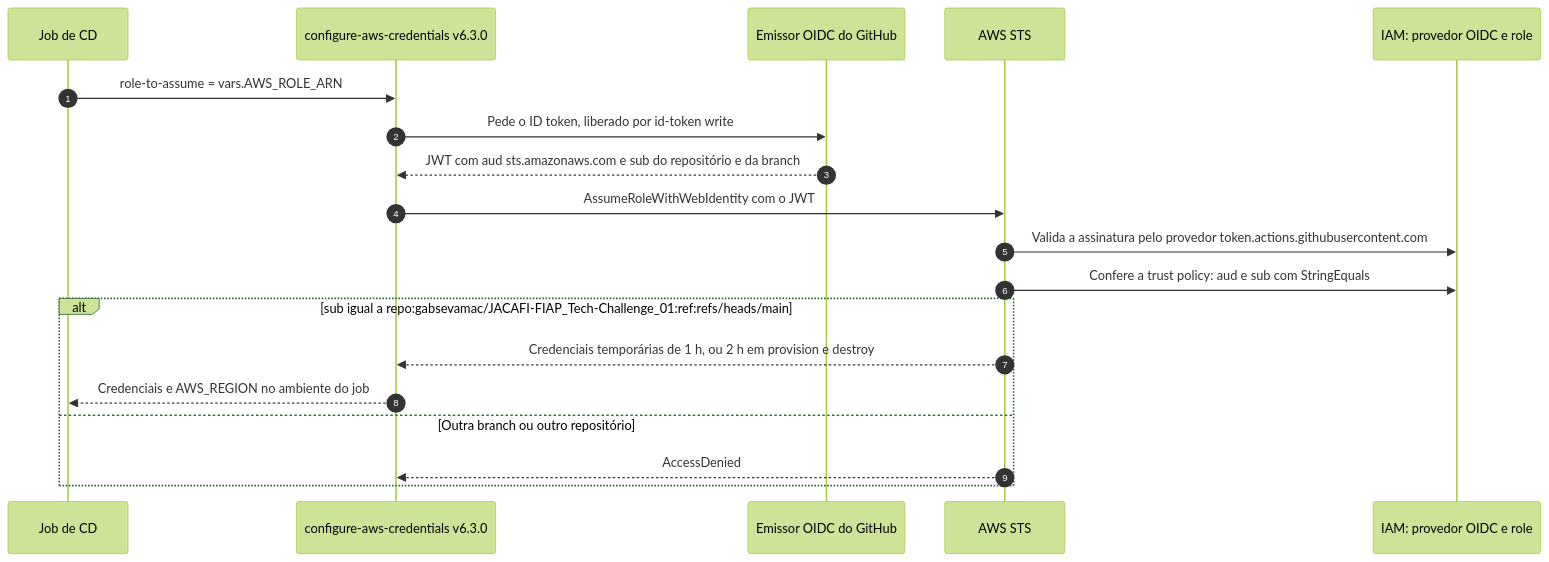
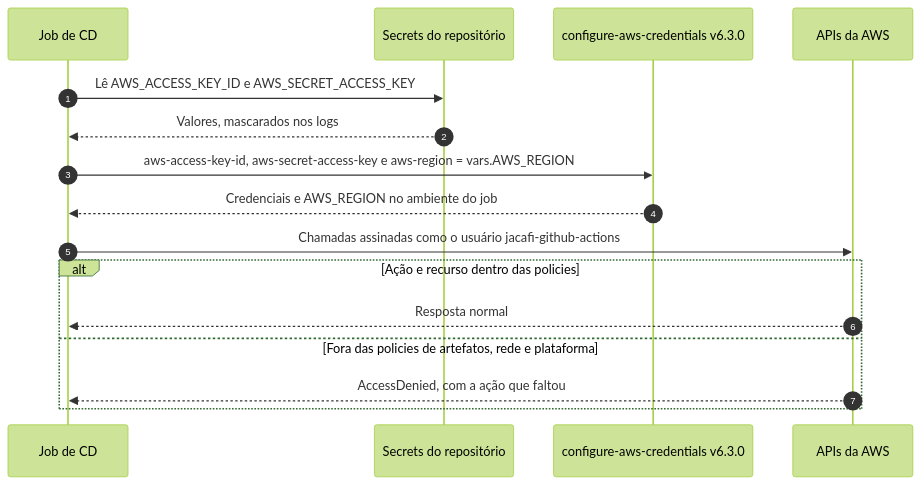
Before and after one commit to gabsevamac/JACAFI-FIAP_Tech-Challenge_01: the ninth of 16 diagrams in docs/arquitetura.md, drawn with Mermaid (forest theme). The commit also changed other lines of this file and 4 other files, not shown here.

First line of the commit message:
docs: align docs with access-key auth and fix manual commands

````diff
--- a/docs/arquitetura.md
+++ b/docs/arquitetura.md
@@ -572,22 +571,19 @@
 ```mermaid
 sequenceDiagram
     autonumber
     participant Job as Job de CD
+    participant Sec as Secrets do repositório
     participant Act as configure-aws-credentials v6.3.0
-    participant Iss as Emissor OIDC do GitHub
-    participant STS as AWS STS
-    participant IAM as IAM: provedor OIDC e role
+    participant AWS as APIs da AWS
 
-    Job->>Act: role-to-assume = vars.AWS_ROLE_ARN
-    Act->>Iss: Pede o ID token, liberado por id-token write
-    Iss-->>Act: JWT com aud sts.amazonaws.com e sub do repositório e da branch
-    Act->>STS: AssumeRoleWithWebIdentity com o JWT
-    STS->>IAM: Valida a assinatura pelo provedor token.actions.githubusercontent.com
-    STS->>IAM: Confere a trust policy: aud e sub com StringEquals
-    alt sub igual a repo:gabsevamac/JACAFI-FIAP_Tech-Challenge_01:ref:refs/heads/main
-        STS-->>Act: Credenciais temporárias de 1 h, ou 2 h em provision e destroy
-        Act-->>Job: Credenciais e AWS_REGION no ambiente do job
-    else Outra branch ou outro repositório
-        STS-->>Act: AccessDenied
+    Job->>Sec: Lê AWS_ACCESS_KEY_ID e AWS_SECRET_ACCESS_KEY
+    Sec-->>Job: Valores, mascarados nos logs
+    Job->>Act: aws-access-key-id, aws-secret-access-key e aws-region = vars.AWS_REGION
+    Act-->>Job: Credenciais e AWS_REGION no ambiente do job
+    Job->>AWS: Chamadas assinadas como o usuário jacafi-github-actions
+    alt Ação e recurso dentro das policies
+        AWS-->>Job: Resposta normal
+    else Fora das policies de artefatos, rede e plataforma
+        AWS-->>Job: AccessDenied, com a ação que faltou
     end
 ```
````
